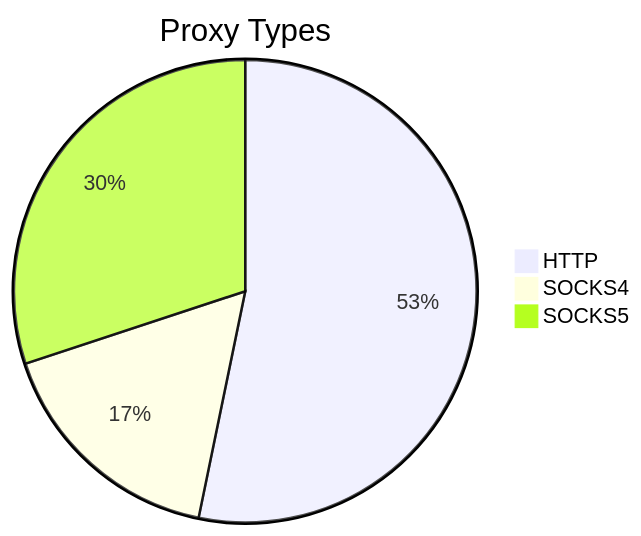
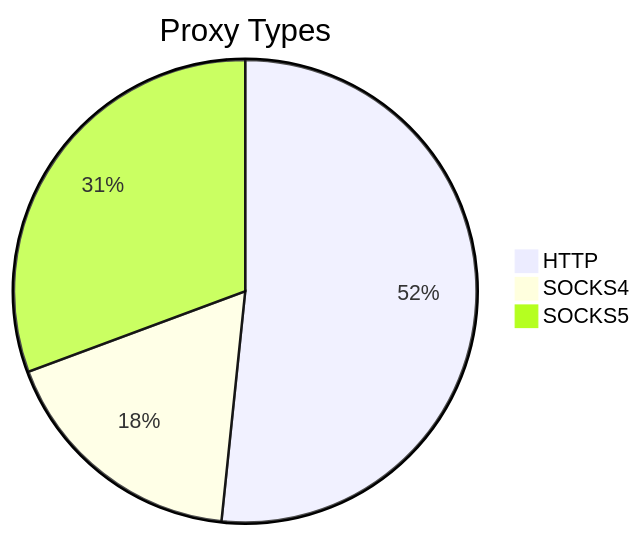
One commit to stormsia/proxy-list changed the first of 2 diagrams in README.md. Above: the diagram before and after it, drawn with Mermaid. The commit also changed other lines of this file, not shown here.

````diff
--- a/README.md
+++ b/README.md
@@ -21,6 +21,6 @@
 ```mermaid
 pie title Proxy Types
-    "HTTP" : 494
-    "SOCKS4" : 155
-    "SOCKS5" : 279
+    "HTTP" : 566
+    "SOCKS4" : 194
+    "SOCKS5" : 336
 ```
````
